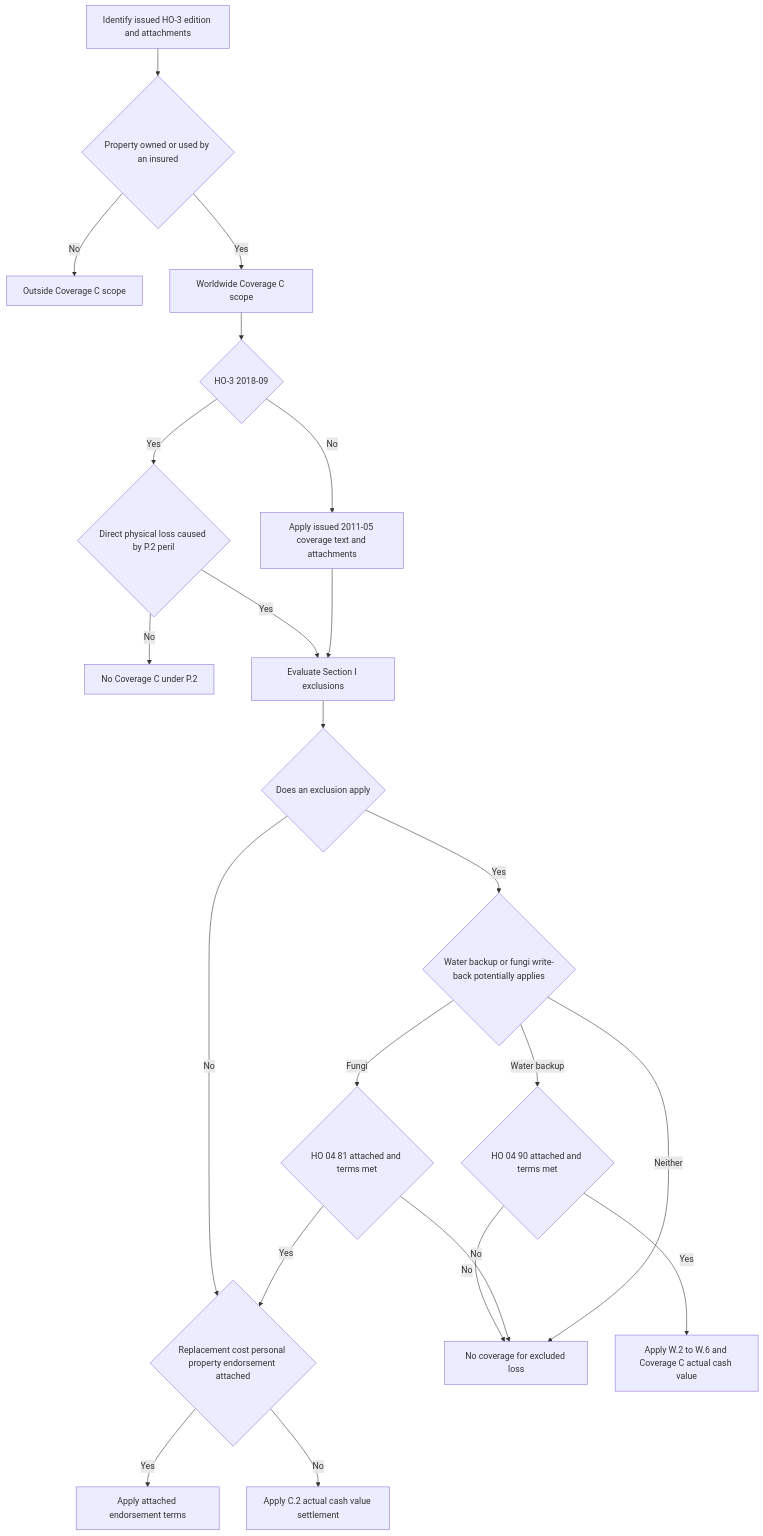
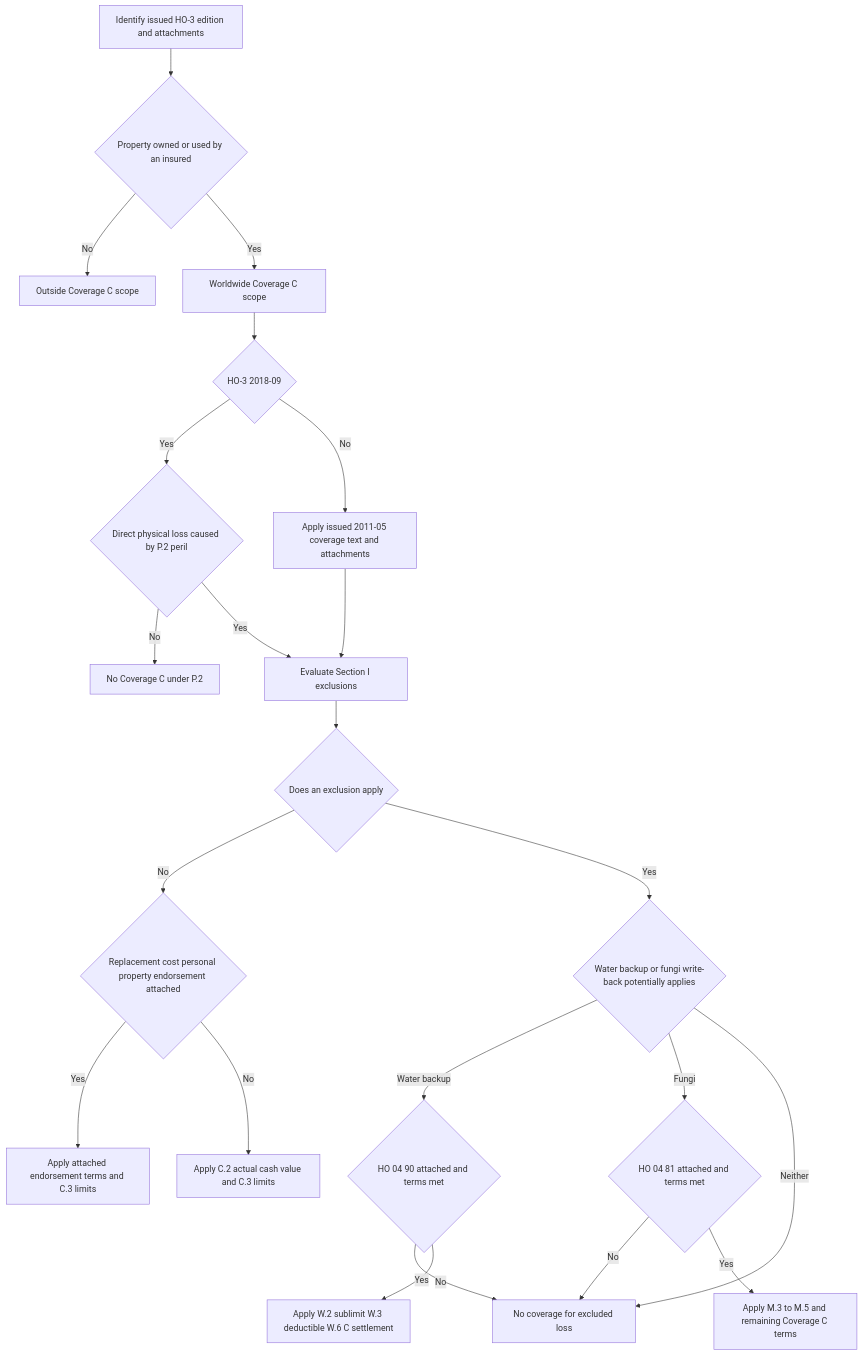
The diagram in openwiki/coverage/coverage-c/personal-property.md (eugeneliu-86/openwiki-insurance-corpus), drawn with Mermaid before and after one commit. The commit also changed other lines of this file and 47 other files, not shown here.

````diff
--- a/openwiki/coverage/coverage-c/personal-property.md
+++ b/openwiki/coverage/coverage-c/personal-property.md
@@ -78,24 +82,24 @@
 ```mermaid
 flowchart TD
     Start["Identify issued HO-3 edition and attachments"] --> Property{"Property owned or used by an insured"}
     Property -- No --> Outside["Outside Coverage C scope"]
     Property -- Yes --> Location["Worldwide Coverage C scope"]
     Location --> Edition{"HO-3 2018-09"}
     Edition -- Yes --> Peril{"Direct physical loss caused by P.2 peril"}
     Peril -- No --> NoPeril["No Coverage C under P.2"]
     Peril -- Yes --> Exclusions["Evaluate Section I exclusions"]
     Edition -- No --> Legacy["Apply issued 2011-05 coverage text and attachments"]
     Legacy --> Exclusions
     Exclusions --> Excluded{"Does an exclusion apply"}
-    Excluded -- No --> RC{"Replacement cost personal property endorsement attached"}
+    Excluded -- No --> Standard{"Replacement cost personal property endorsement attached"}
+    Standard -- Yes --> RCTerms["Apply attached endorsement terms and C.3 limits"]
+    Standard -- No --> ACV["Apply C.2 actual cash value and C.3 limits"]
     Excluded -- Yes --> Writeback{"Water backup or fungi write-back potentially applies"}
     Writeback -- Water backup --> Water{"HO 04 90 attached and terms met"}
     Water -- No --> NoWriteback["No coverage for excluded loss"]
-    Water -- Yes --> WaterACV["Apply W.2 to W.6 and Coverage C actual cash value"]
+    Water -- Yes --> WaterTerms["Apply W.2 sublimit W.3 deductible W.6 C settlement"]
     Writeback -- Fungi --> Fungi{"HO 04 81 attached and terms met"}
     Fungi -- No --> NoWriteback
-    Fungi -- Yes --> RC
+    Fungi -- Yes --> FungiTerms["Apply M.3 to M.5 and remaining Coverage C terms"]
     Writeback -- Neither --> NoWriteback
-    RC -- Yes --> RCTerms["Apply attached endorsement terms"]
-    RC -- No --> ACV["Apply C.2 actual cash value settlement"]
 ```
````
